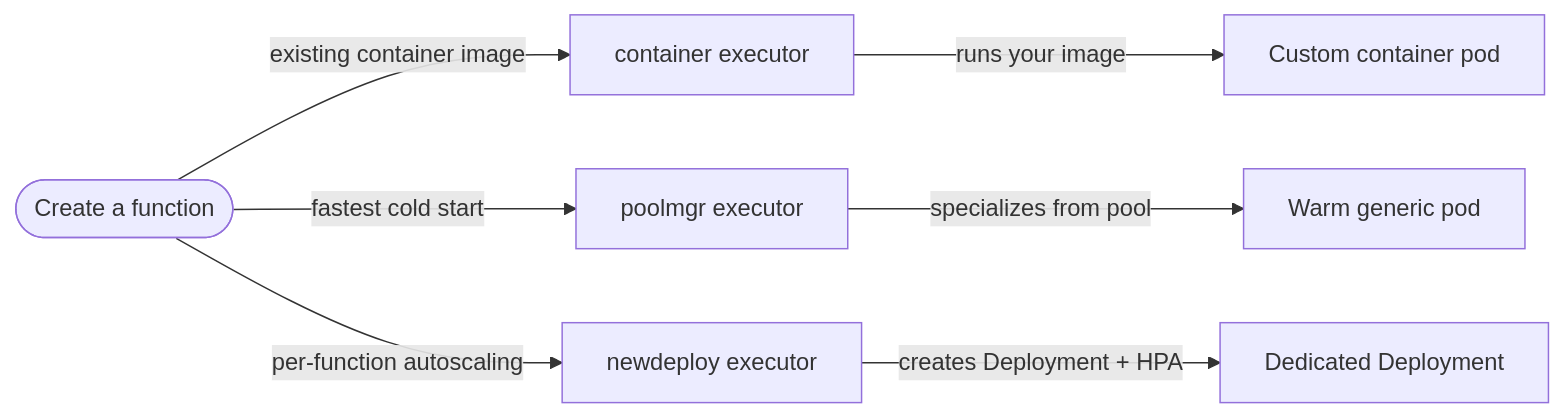
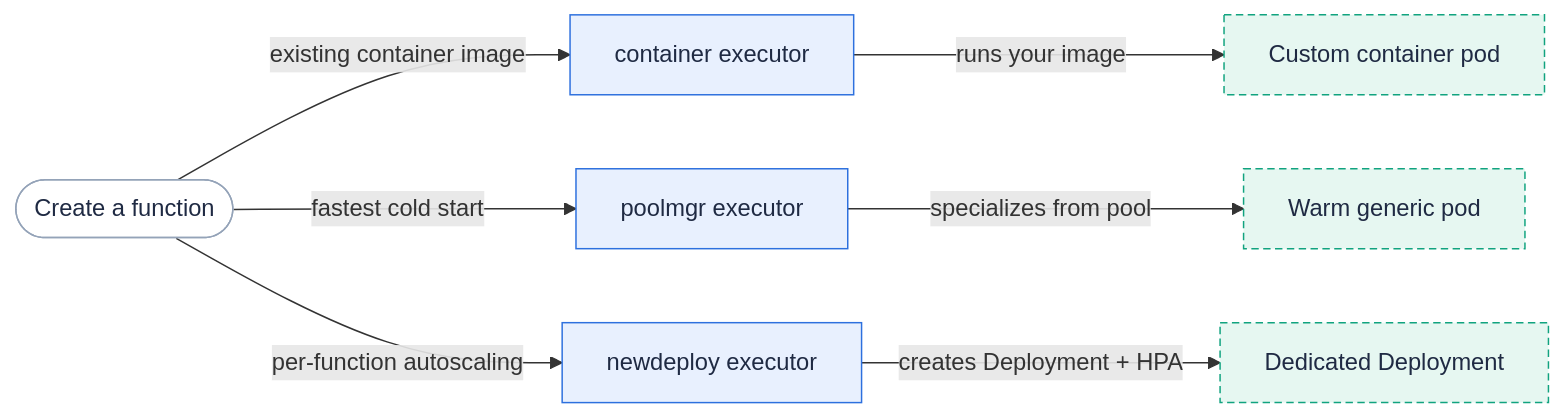
One commit to fission/fission.io changed the diagram in content/en/docs/usage/function/executor.en.md. Above: the diagram before and after it, drawn with Mermaid. The commit also changed 30 other files, not shown here.

First line of the commit message:
Address PR feedback: zoomable diagrams, multi-color kit, centering, preview links

````diff
--- a/content/en/docs/usage/function/executor.en.md
+++ b/content/en/docs/usage/function/executor.en.md
@@ -18,9 +18,12 @@
 ```mermaid
 flowchart LR
-  start(["Create a function"]) -->|"existing container image"| container["container executor"]
-  start -->|"fastest cold start"| poolmgr["poolmgr executor"]
-  start -->|"per-function autoscaling"| newdeploy["newdeploy executor"]
-  poolmgr -->|"specializes from pool"| warm["Warm generic pod"]
-  newdeploy -->|"creates Deployment + HPA"| deploy["Dedicated Deployment"]
-  container -->|"runs your image"| img["Custom container pod"]
+  start(["Create a function"]):::user -->|"existing container image"| container["container executor"]:::fission
+  start -->|"fastest cold start"| poolmgr["poolmgr executor"]:::fission
+  start -->|"per-function autoscaling"| newdeploy["newdeploy executor"]:::fission
+  poolmgr -->|"specializes from pool"| warm["Warm generic pod"]:::pod
+  newdeploy -->|"creates Deployment + HPA"| deploy["Dedicated Deployment"]:::pod
+  container -->|"runs your image"| img["Custom container pod"]:::pod
+  classDef user fill:#ffffff,stroke:#94a3b8,color:#1f2a43
+  classDef fission fill:#e8f0fe,stroke:#2d70de,color:#1f2a43
+  classDef pod fill:#e6f7f1,stroke:#11a37f,color:#1f2a43,stroke-dasharray:5 3
 ```
````
